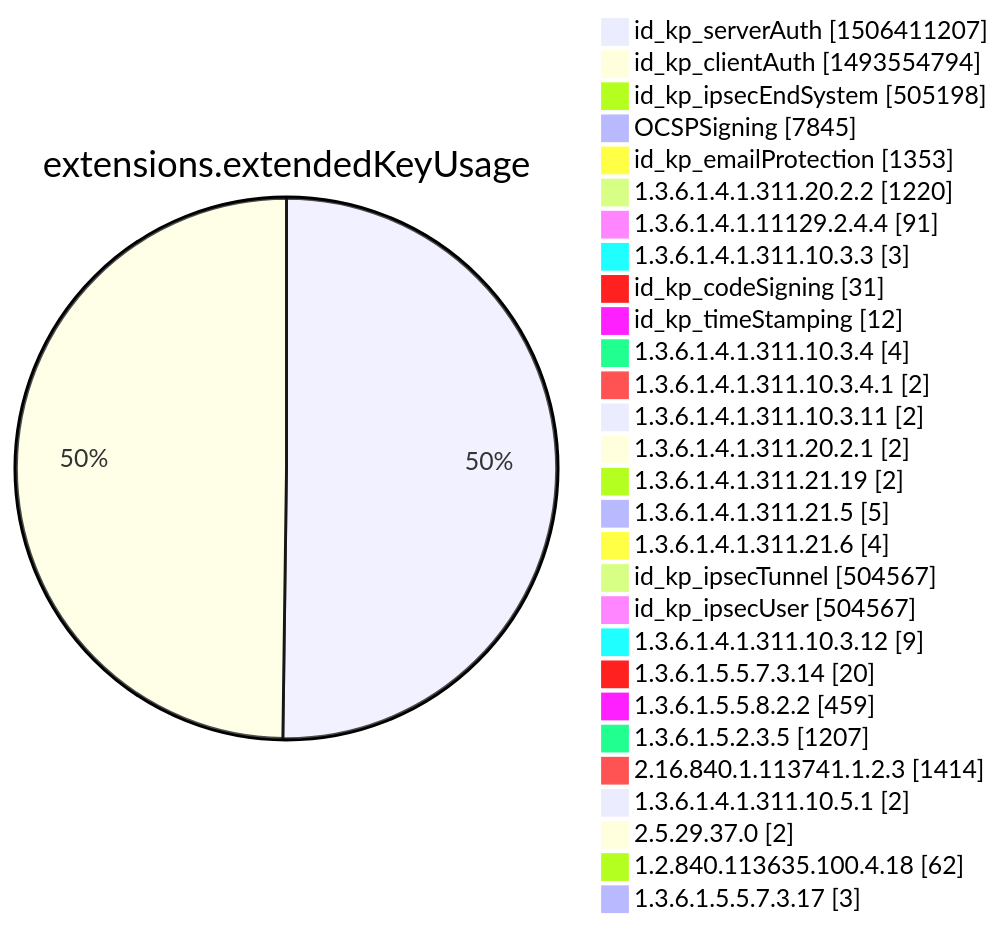
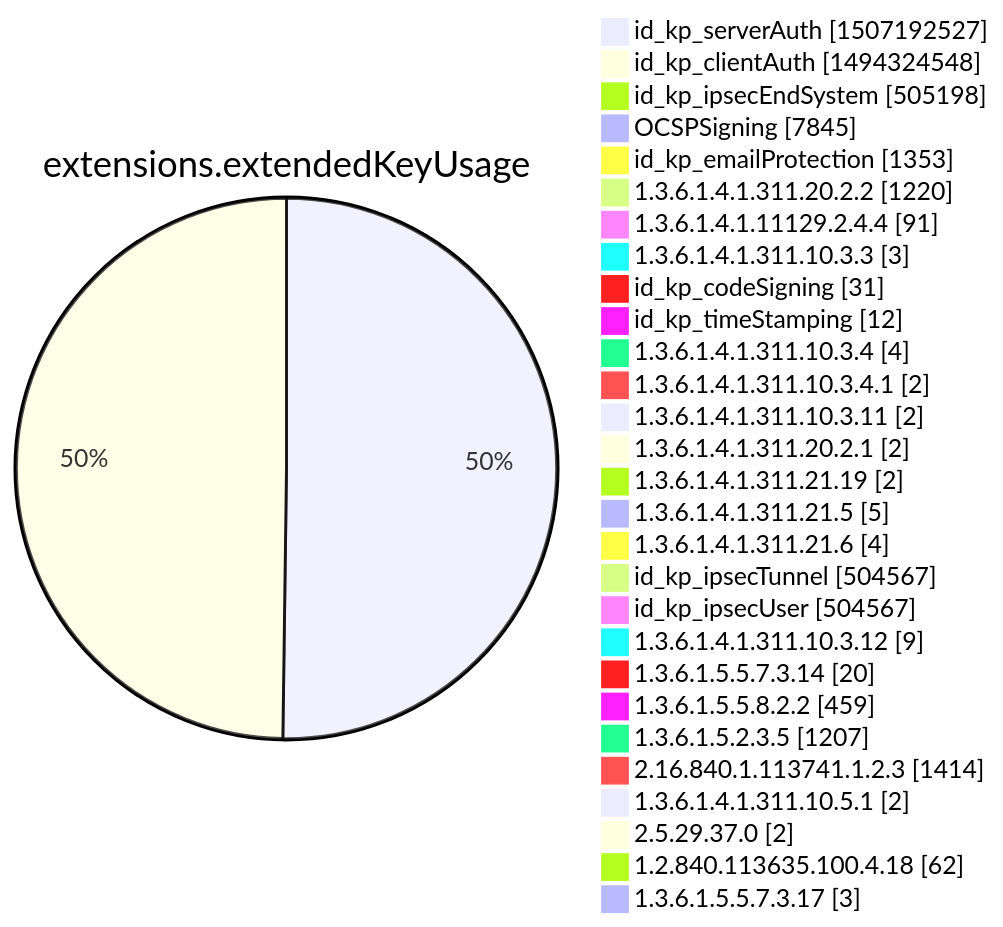
Before and after one commit to christiankrug/ctmonitor_visualization: diagram 12 of 15 in xenon2022/README.md, drawn with Mermaid. The commit also changed other lines of this file, not shown here.

````diff
--- a/xenon2022/README.md
+++ b/xenon2022/README.md
@@ -3876,32 +3876,32 @@
 ```mermaid
 pie showData
 title extensions.extendedKeyUsage
-"id_kp_serverAuth" :1506411207
-"id_kp_clientAuth" :1493554794
+"id_kp_serverAuth" :1507192527
+"id_kp_clientAuth" :1494324548
 "id_kp_ipsecEndSystem" :505198
 "OCSPSigning" :7845
 "id_kp_emailProtection" :1353
 "1.3.6.1.4.1.311.20.2.2" :1220
 "1.3.6.1.4.1.11129.2.4.4" :91
 "1.3.6.1.4.1.311.10.3.3" :3
 "id_kp_codeSigning" :31
 "id_kp_timeStamping" :12
 "1.3.6.1.4.1.311.10.3.4" :4
 "1.3.6.1.4.1.311.10.3.4.1" :2
 "1.3.6.1.4.1.311.10.3.11" :2
 "1.3.6.1.4.1.311.20.2.1" :2
 "1.3.6.1.4.1.311.21.19" :2
 "1.3.6.1.4.1.311.21.5" :5
 "1.3.6.1.4.1.311.21.6" :4
 "id_kp_ipsecTunnel" :504567
 "id_kp_ipsecUser" :504567
 "1.3.6.1.4.1.311.10.3.12" :9
 "1.3.6.1.5.5.7.3.14" :20
 "1.3.6.1.5.5.8.2.2" :459
 "1.3.6.1.5.2.3.5" :1207
 "2.16.840.1.113741.1.2.3" :1414
 "1.3.6.1.4.1.311.10.5.1" :2
 "2.5.29.37.0" :2
 "1.2.840.113635.100.4.18" :62
 "1.3.6.1.5.5.7.3.17" :3
 ```
````
